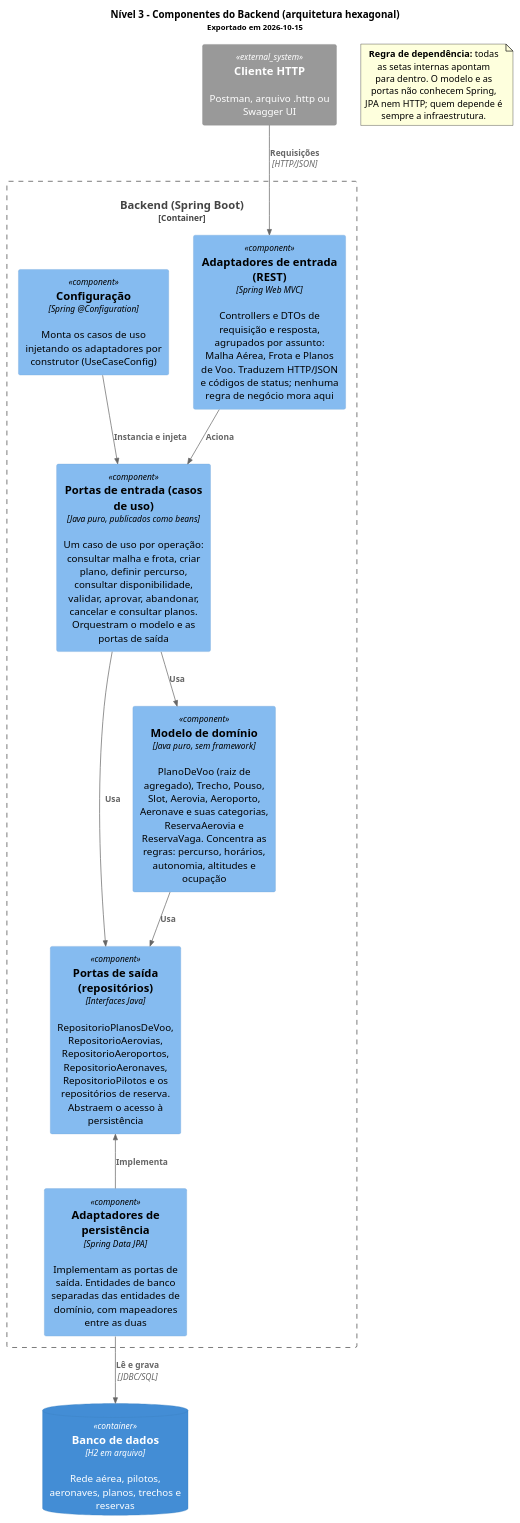
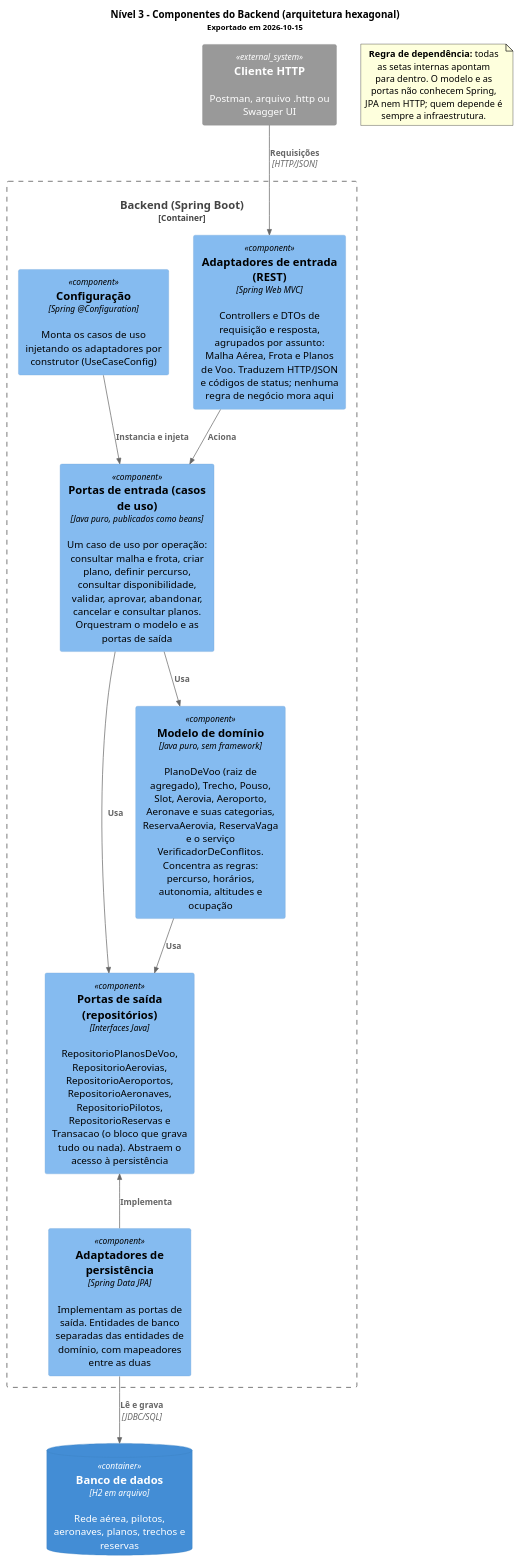
The diagram in docs/arquitetura/c4-componentes.puml (antoniocosta0/trabalho-projaq), drawn with PlantUML before and after one commit. The commit also changed 1 other file, not shown here.

Commit message:
docs: update domain and component diagrams with reservations
Sources only: the exported PNGs still show the previous version and need to be re-exported with PlantUML.

```diff
--- a/docs/arquitetura/c4-componentes.puml
+++ b/docs/arquitetura/c4-componentes.puml
@@ -1,46 +1,46 @@
 @startuml
 ' C4 nível 3 - Componentes do backend
 ' PUCRS - Projeto e Arquitetura de Software - 2026/2 - turma 340
 ' A decomposição segue a arquitetura hexagonal (ports & adapters), que é a
 ' efetivamente implementada em backend/src/main/java/com/pucrs/planosdevoo/.
 !include <C4/C4_Component>
 
 title
   Nível 3 - Componentes do Backend (arquitetura hexagonal)
   <size:11>Exportado em 2026-10-15</size>
 end title
 
 System_Ext(cliente, "Cliente HTTP", "Postman, arquivo .http ou Swagger UI")
 ContainerDb(banco, "Banco de dados", "H2 em arquivo", "Rede aérea, pilotos, aeronaves, planos, trechos e reservas")
 
 Container_Boundary(api, "Backend (Spring Boot)") {
 
   Component(adaptadores_entrada, "Adaptadores de entrada (REST)", "Spring Web MVC", "Controllers e DTOs de requisição e resposta, agrupados por assunto: Malha Aérea, Frota e Planos de Voo. Traduzem HTTP/JSON e códigos de status; nenhuma regra de negócio mora aqui")
 
   Component(portas_entrada, "Portas de entrada (casos de uso)", "Java puro, publicados como beans", "Um caso de uso por operação: consultar malha e frota, criar plano, definir percurso, consultar disponibilidade, validar, aprovar, abandonar, cancelar e consultar planos. Orquestram o modelo e as portas de saída")
 
-  Component(modelo, "Modelo de domínio", "Java puro, sem framework", "PlanoDeVoo (raiz de agregado), Trecho, Pouso, Slot, Aerovia, Aeroporto, Aeronave e suas categorias, ReservaAerovia e ReservaVaga. Concentra as regras: percurso, horários, autonomia, altitudes e ocupação")
+  Component(modelo, "Modelo de domínio", "Java puro, sem framework", "PlanoDeVoo (raiz de agregado), Trecho, Pouso, Slot, Aerovia, Aeroporto, Aeronave e suas categorias, ReservaAerovia, ReservaVaga e o serviço VerificadorDeConflitos. Concentra as regras: percurso, horários, autonomia, altitudes e ocupação")
 
-  Component(portas_saida, "Portas de saída (repositórios)", "Interfaces Java", "RepositorioPlanosDeVoo, RepositorioAerovias, RepositorioAeroportos, RepositorioAeronaves, RepositorioPilotos e os repositórios de reserva. Abstraem o acesso à persistência")
+  Component(portas_saida, "Portas de saída (repositórios)", "Interfaces Java", "RepositorioPlanosDeVoo, RepositorioAerovias, RepositorioAeroportos, RepositorioAeronaves, RepositorioPilotos, RepositorioReservas e Transacao (o bloco que grava tudo ou nada). Abstraem o acesso à persistência")
 
   Component(adaptadores_saida, "Adaptadores de persistência", "Spring Data JPA", "Implementam as portas de saída. Entidades de banco separadas das entidades de domínio, com mapeadores entre as duas")
 
   Component(config, "Configuração", "Spring @Configuration", "Monta os casos de uso injetando os adaptadores por construtor (UseCaseConfig)")
 }
 
 Rel(cliente, adaptadores_entrada, "Requisições", "HTTP/JSON")
 Rel(adaptadores_entrada, portas_entrada, "Aciona")
 Rel(portas_entrada, modelo, "Usa")
 Rel(portas_entrada, portas_saida, "Usa")
 Rel(modelo, portas_saida, "Usa")
 Rel_U(adaptadores_saida, portas_saida, "Implementa")
 Rel(config, portas_entrada, "Instancia e injeta")
 Rel(adaptadores_saida, banco, "Lê e grava", "JDBC/SQL")
 
 note as regra_dependencia
   **Regra de dependência:** todas as setas internas apontam
   para dentro. O modelo e as portas não conhecem Spring,
   JPA nem HTTP; quem depende é sempre a infraestrutura.
 end note
 
 @enduml
```
